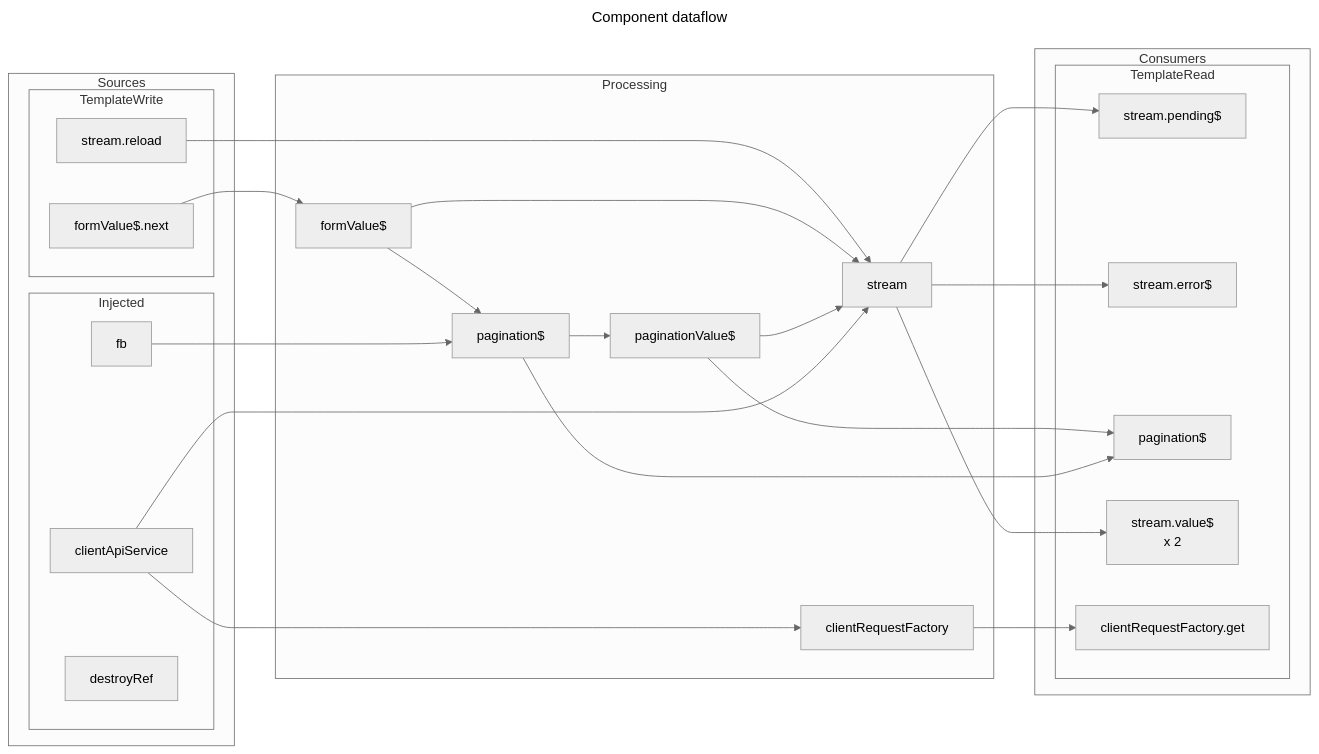
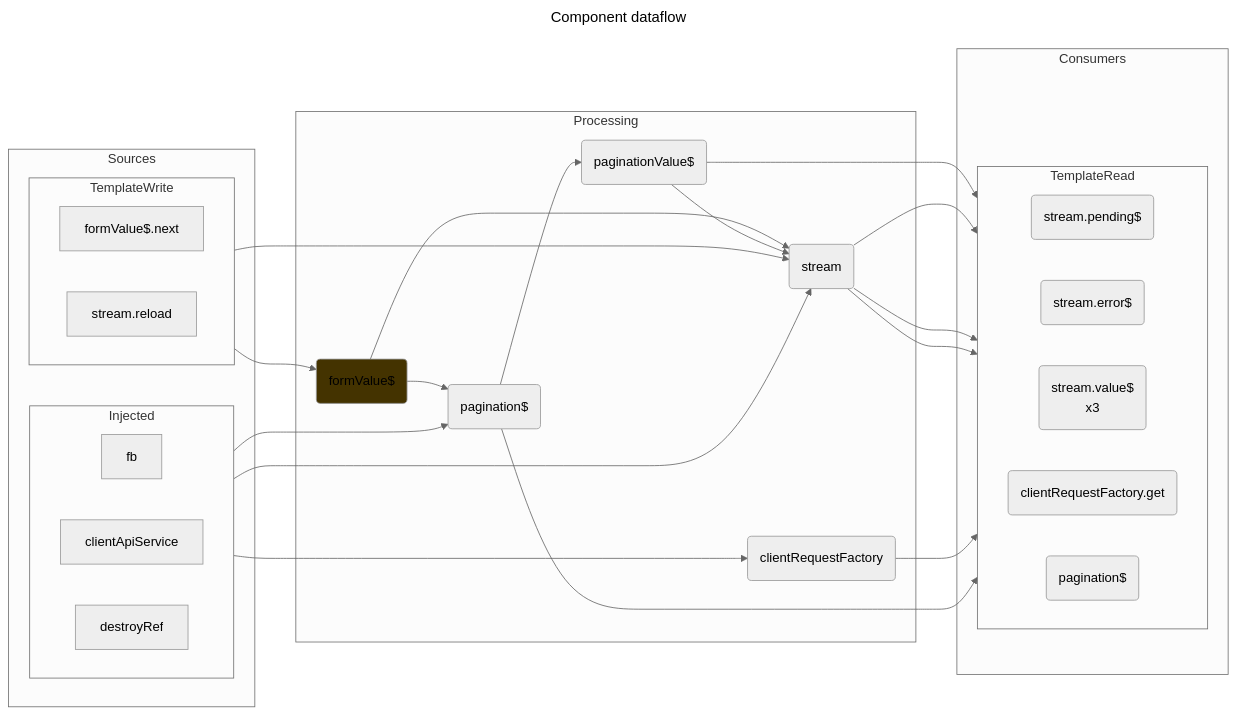
One commit to earthdmitriy/rx-evo changed the first of 2 diagrams in src/app/components/xprerimental/with-collapse/with-collapse.component.dataflow.md. Above: the diagram before and after it, drawn with Mermaid (neutral theme). The commit also changed other lines of this file and 39 other files, not shown here.

Commit message:
updated dataflow diagrams

````diff
--- a/src/app/components/xprerimental/with-collapse/with-collapse.component.dataflow.md
+++ b/src/app/components/xprerimental/with-collapse/with-collapse.component.dataflow.md
@@ -7,6 +7,7 @@
 graph LR
     subgraph Sources
         subgraph Injected
+            direction LR
             Source_fb["
                 fb
             "]
@@ -18,6 +19,7 @@
             "]
         end
         subgraph TemplateWrite
+            direction LR
             Source_formValue$.next["
                 formValue$.next
             "]
@@ -27,40 +29,41 @@
         end
     end
     subgraph Processing
-        Processing_formValue$["
+        Processing_formValue$("
             formValue$
-        "]
-        Processing_pagination$["
+        ")
+        Processing_pagination$("
             pagination$
-        "]
-        Processing_paginationValue$["
+        ")
+        Processing_paginationValue$("
             paginationValue$
-        "]
-        Processing_stream["
+        ")
+        Processing_stream("
             stream
-        "]
-        Processing_clientRequestFactory["
+        ")
+        Processing_clientRequestFactory("
             clientRequestFactory
-        "]
+        ")
     end
     subgraph Consumers
         subgraph TemplateRead
-            Consumer_stream.pending$["
+            direction LR
+            Consumer_stream.pending$("
                 stream.pending$
-            "]
-            Consumer_stream.error$["
+            ")
+            Consumer_stream.error$("
                 stream.error$
-            "]
-            Consumer_pagination$["
+            ")
+            Consumer_stream.value$("
+                stream.value$
+                x3
+            ")
+            Consumer_clientRequestFactory.get("
+                clientRequestFactory.get
+            ")
+            Consumer_pagination$("
                 pagination$
-            "]
-            Consumer_stream.value$["
-                stream.value$
-x            2
-            "]
-            Consumer_clientRequestFactory.get["
-                clientRequestFactory.get
-            "]
+            ")
         end
     end
     Sources ~~~ Processing
@@ -77,8 +80,9 @@
     Source_clientApiService --> Processing_clientRequestFactory
     Processing_stream --> Consumer_stream.pending$
     Processing_stream --> Consumer_stream.error$
-    Processing_pagination$ --> Consumer_pagination$
     Processing_stream --> Consumer_stream.value$
     Processing_clientRequestFactory --> Consumer_clientRequestFactory.get
+    Processing_pagination$ --> Consumer_pagination$
+    style Processing_formValue$ fill:#430
 
 ```
````
